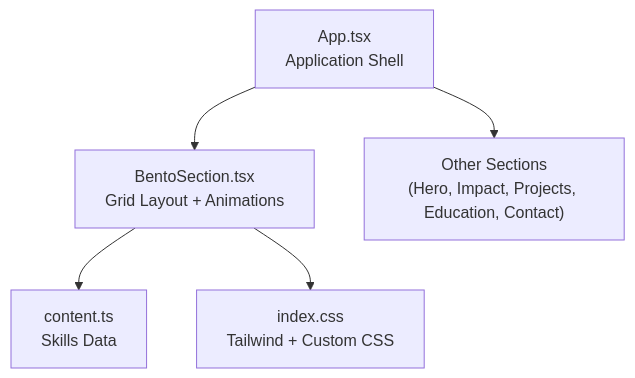
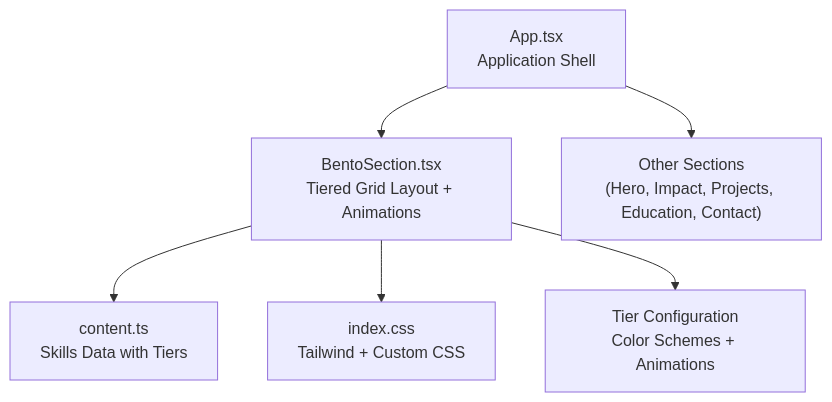
Before and after one commit to subash7781/Portfolio: the first of 4 diagrams in .qoder/repowiki/en/content/Component Library & UI Elements/BentoSection Component.md, drawn with Mermaid. The commit also changed other lines of this file and 8 other files, not shown here.

````diff
--- a/.qoder/repowiki/en/content/Component Library & UI Elements/BentoSection Component.md
+++ b/.qoder/repowiki/en/content/Component Library & UI Elements/BentoSection Component.md
@@ -30,7 +38,8 @@
 ```mermaid
 graph TB
-App["App.tsx<br/>Application Shell"] --> Bento["BentoSection.tsx<br/>Grid Layout + Animations"]
-Bento --> Content["content.ts<br/>Skills Data"]
+App["App.tsx<br/>Application Shell"] --> Bento["BentoSection.tsx<br/>Tiered Grid Layout + Animations"]
+Bento --> Content["content.ts<br/>Skills Data with Tiers"]
 Bento --> Styles["index.css<br/>Tailwind + Custom CSS"]
+Bento --> TierConfig["Tier Configuration<br/>Color Schemes + Animations"]
 App --> OtherSections["Other Sections<br/>(Hero, Impact, Projects, Education, Contact)"]
 ```
````
